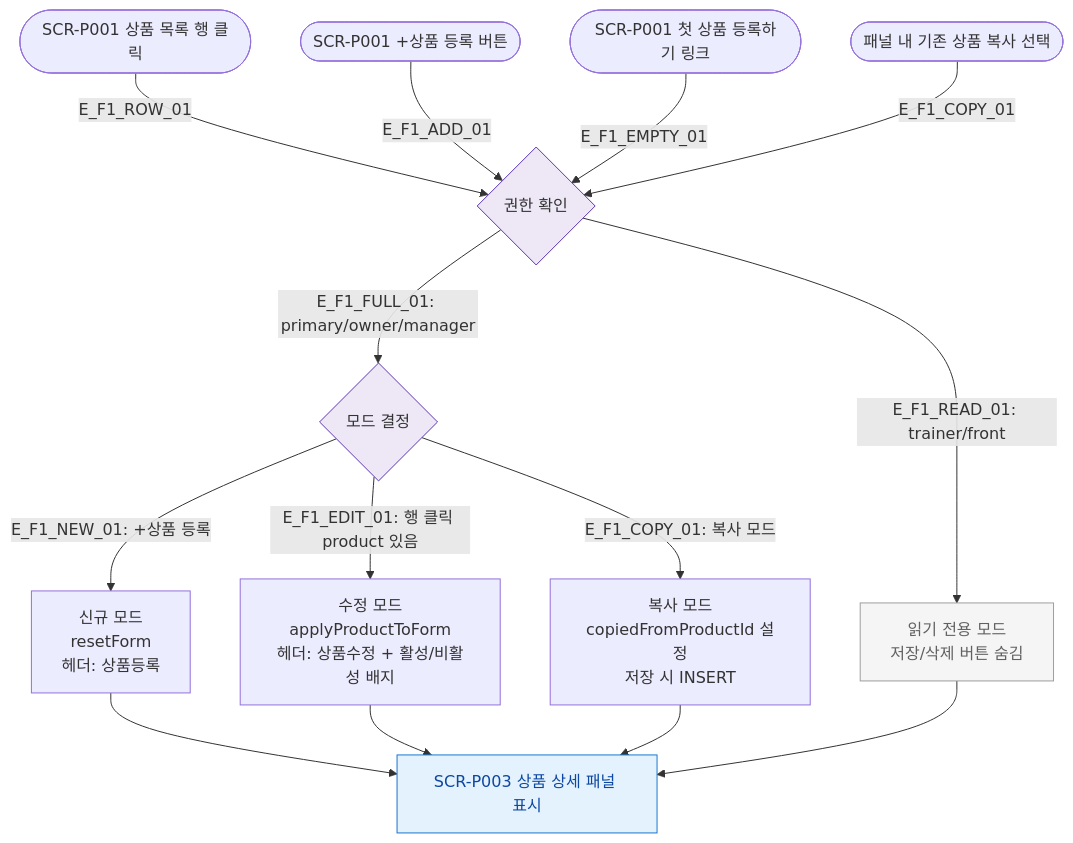
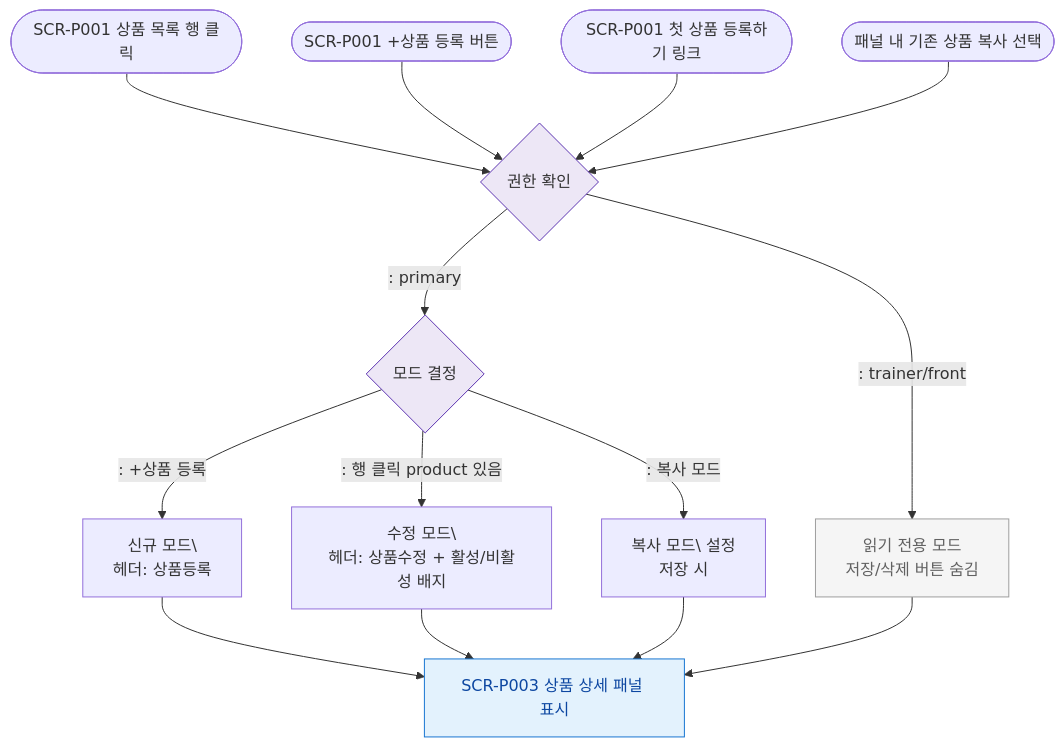
Before and after one commit to dev-spogym/admin-pando: the diagram in docs/다이어그램/D05_상품관리/SCR-P003_상품상세패널/F1_진입.md, drawn with Mermaid. The commit also changed other lines of this file and 1660 other files, not shown here.

First line of the commit message:
다이어그램: 기획자/클라이언트 납품본으로 정리

````diff
--- a/docs/다이어그램/D05_상품관리/SCR-P003_상품상세패널/F1_진입.md
+++ b/docs/다이어그램/D05_상품관리/SCR-P003_상품상세패널/F1_진입.md
@@ -19,23 +17,23 @@
 ```mermaid
 flowchart TD
-    ROW([SCR-P001 상품 목록 행 클릭]) -->|E_F1_ROW_01| Auth{권한 확인}
-    ADD([SCR-P001 +상품 등록 버튼]) -->|E_F1_ADD_01| Auth
-    EMPTY([SCR-P001 첫 상품 등록하기 링크]) -->|E_F1_EMPTY_01| Auth
-    COPY([패널 내 기존 상품 복사 선택]) -->|E_F1_COPY_01| Auth
+    ROW([SCR-P001 상품 목록 행 클릭]) --> Auth{권한 확인}
+    ADD([SCR-P001 +상품 등록 버튼]) --> Auth
+    EMPTY([SCR-P001 첫 상품 등록하기 링크]) --> Auth
+    COPY([패널 내 기존 상품 복사 선택]) --> Auth
 
-    Auth -->|"E_F1_FULL_01: primary/owner/manager"| ModeCheck{모드 결정}
-    Auth -->|"E_F1_READ_01: trainer/front"| ReadOnly[읽기 전용 모드\n저장/삭제 버튼 숨김]
+    Auth -->|": primary"|ModeCheck{모드 결정}
+    Auth -->|": trainer/front"|ReadOnly[읽기 전용 모드\n저장/삭제 버튼 숨김]
 
-    ModeCheck -->|"E_F1_NEW_01: +상품 등록"| NewMode[신규 모드\nresetForm\n헤더: 상품등록]
-    ModeCheck -->|"E_F1_EDIT_01: 행 클릭 product 있음"| EditMode[수정 모드\napplyProductToForm\n헤더: 상품수정 + 활성/비활성 배지]
-    ModeCheck -->|"E_F1_COPY_01: 복사 모드"| CopyMode[복사 모드\ncopiedFromProductId 설정\n저장 시 INSERT]
+    ModeCheck -->|": +상품 등록"|NewMode[신규 모드\\n헤더: 상품등록]
+    ModeCheck -->|": 행 클릭 product 있음"|EditMode[수정 모드\\n헤더: 상품수정 + 활성/비활성 배지]
+    ModeCheck -->|": 복사 모드"|CopyMode[복사 모드\ 설정\n저장 시]
 
     NewMode & EditMode & CopyMode & ReadOnly --> SCR_P003[SCR-P003 상품 상세 패널 표시]
 
     classDef screen fill:#E3F2FD,stroke:#1976D2,color:#0D47A1
     classDef rbacBlocked fill:#F5F5F5,stroke:#9E9E9E,color:#616161
     classDef system fill:#EDE7F6,stroke:#5E35B2
     class SCR_P003 screen
     class ReadOnly rbacBlocked
     class Auth,ModeCheck system
 ```
````
